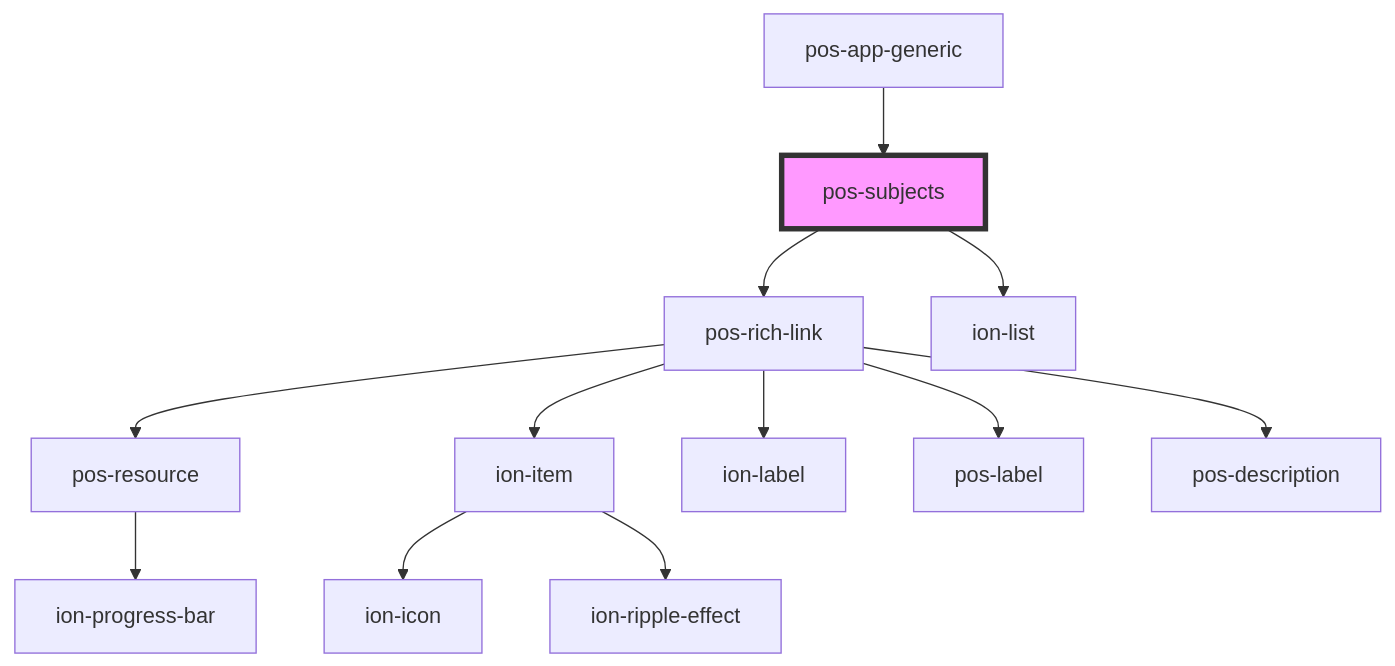
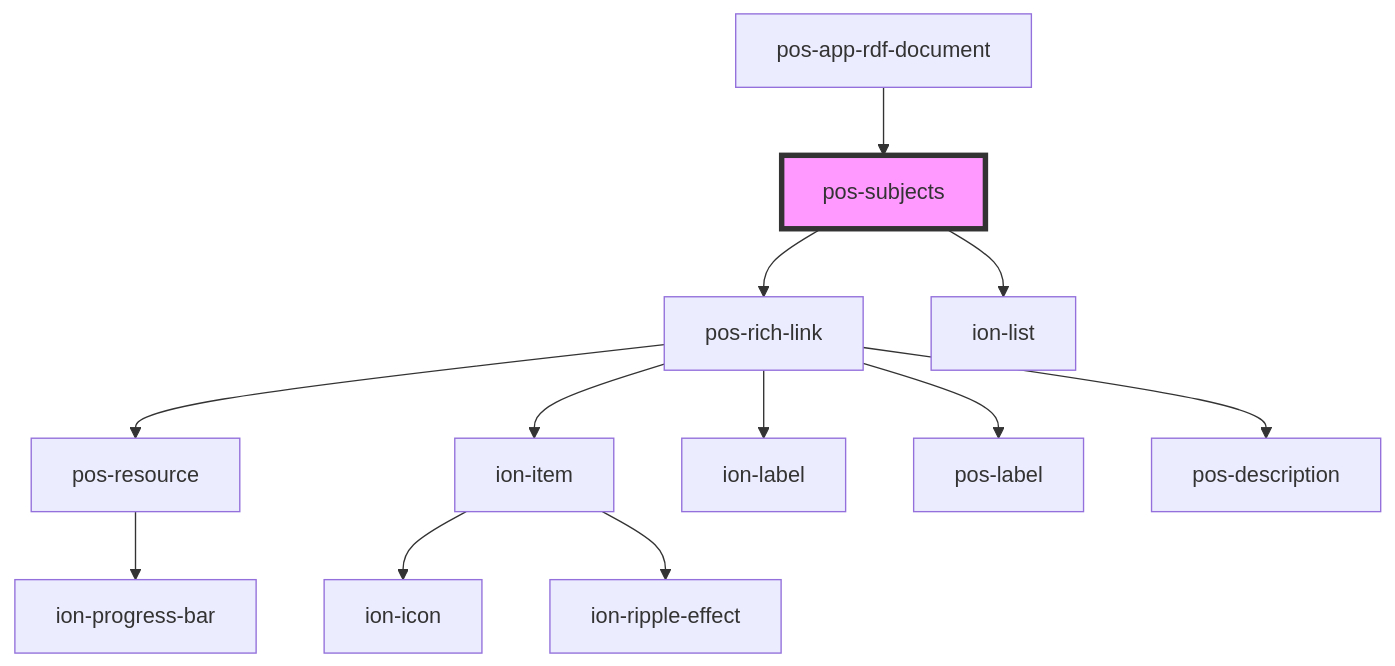
The diagram in docs/elements/components/pos-subjects/readme.md (pod-os/PodOS), drawn with Mermaid before and after one commit. The commit also changed other lines of this file and 7 other files, not shown here.

````diff
--- a/docs/elements/components/pos-subjects/readme.md
+++ b/docs/elements/components/pos-subjects/readme.md
@@ -27,15 +27,15 @@
 ```mermaid
 graph TD;
   pos-subjects --> pos-rich-link
   pos-subjects --> ion-list
   pos-rich-link --> pos-resource
   pos-rich-link --> ion-item
   pos-rich-link --> ion-label
   pos-rich-link --> pos-label
   pos-rich-link --> pos-description
   pos-resource --> ion-progress-bar
   ion-item --> ion-icon
   ion-item --> ion-ripple-effect
-  pos-app-generic --> pos-subjects
+  pos-app-rdf-document --> pos-subjects
   style pos-subjects fill:#f9f,stroke:#333,stroke-width:4px
 ```
````
